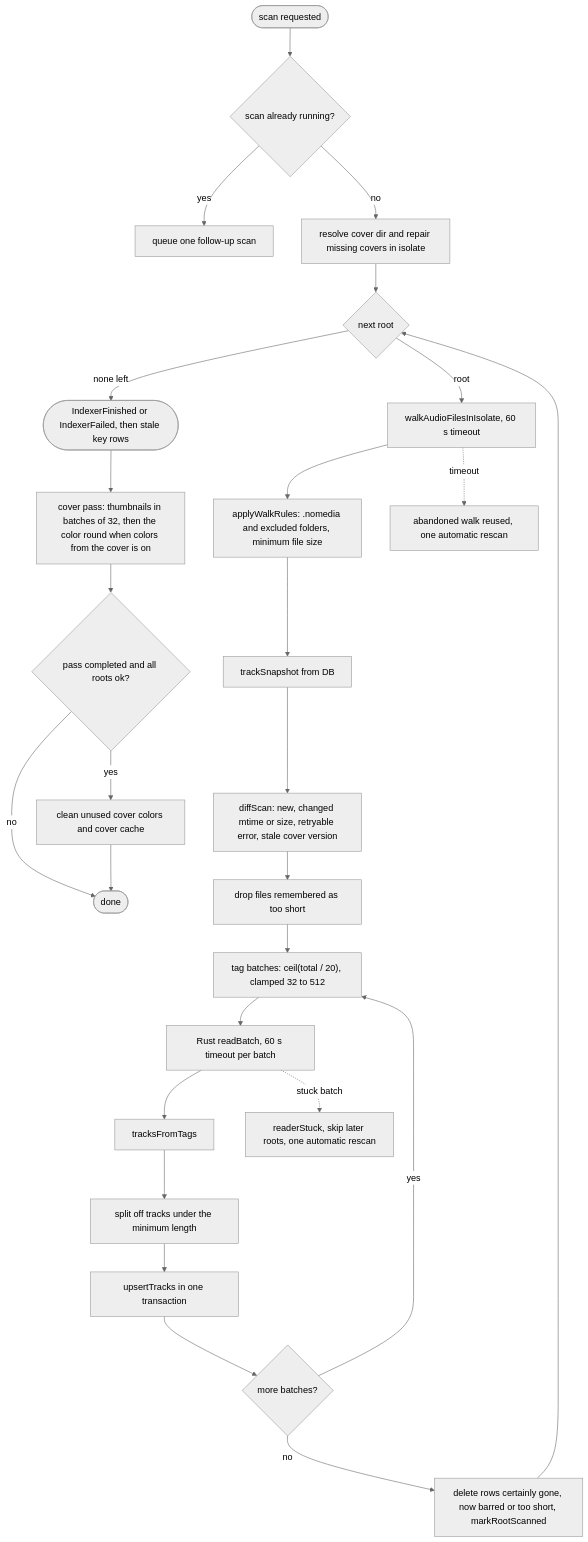
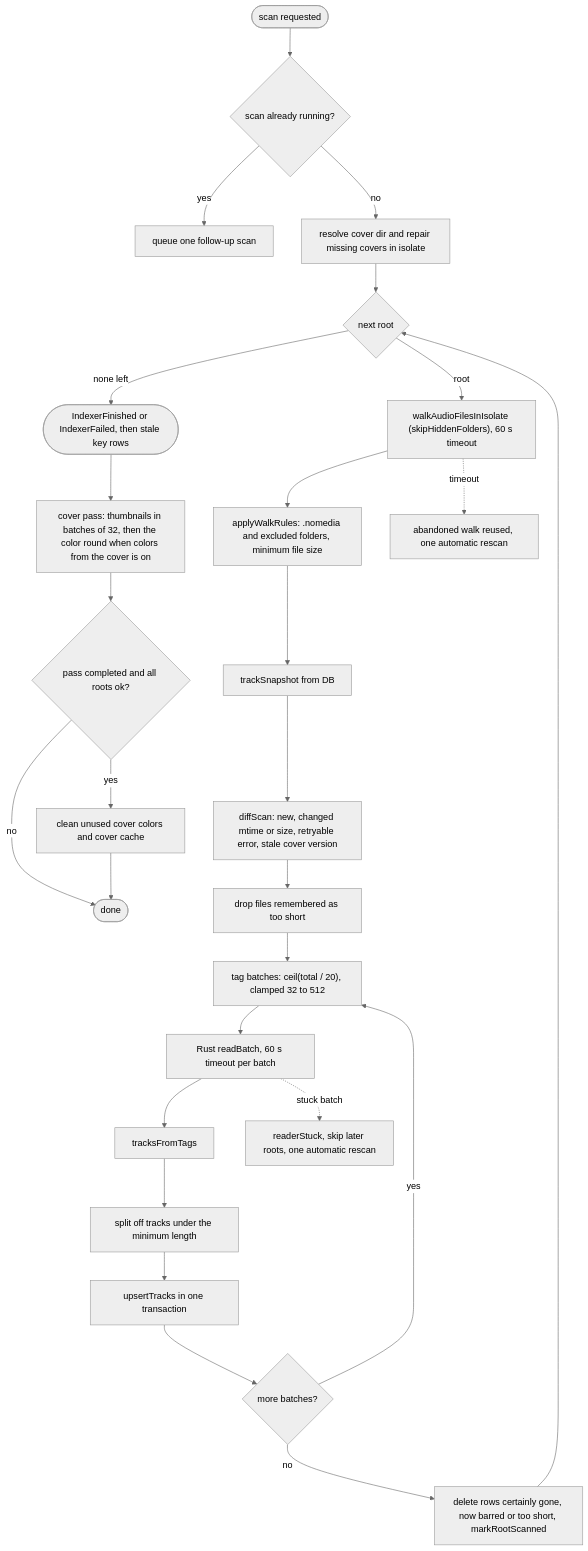
The third of 8 diagrams in docs/system-architecture.md (kanaru313/kanaru), drawn with Mermaid (neutral theme) before and after one commit. The commit also changed other lines of this file and 30 other files, not shown here.

First line of the commit message:
feat(indexer): skip hidden folders by a setting and never index hidden files

````diff
--- a/docs/system-architecture.md
+++ b/docs/system-architecture.md
@@ -156,31 +156,31 @@
 ```mermaid
 flowchart TD
     Start(["scan requested"]) --> Busy{"scan already running?"}
     Busy -- yes --> Follow["queue one follow-up scan"]
     Busy -- no --> Covers["resolve cover dir and repair missing covers in isolate"]
     Covers --> Root{"next root"}
     Root -- none left --> Published(["IndexerFinished or IndexerFailed, then stale key rows"])
     Published --> Pass["cover pass: thumbnails in batches of 32, then the color round when colors from the cover is on"]
     Pass --> Clean{"pass completed and all roots ok?"}
     Clean -- yes --> CleanCovers["clean unused cover colors and cover cache"]
     Clean -- no --> Done(["done"])
     CleanCovers --> Done
 
-    Root -- "root" --> Walk["walkAudioFilesInIsolate, 60 s timeout"]
+    Root -- "root" --> Walk["walkAudioFilesInIsolate (skipHiddenFolders), 60 s timeout"]
     Walk --> Rules["applyWalkRules: .nomedia and excluded folders, minimum file size"]
     Rules --> Snap["trackSnapshot from DB"]
     Snap --> Diff["diffScan: new, changed mtime or size, retryable error, stale cover version"]
     Diff --> Memo["drop files remembered as too short"]
     Memo --> Batches["tag batches: ceil(total / 20), clamped 32 to 512"]
     Batches --> Read["Rust readBatch, 60 s timeout per batch"]
     Read --> Map["tracksFromTags"]
     Map --> Short["split off tracks under the minimum length"]
     Short --> Upsert["upsertTracks in one transaction"]
     Upsert --> More{"more batches?"}
     More -- yes --> Batches
     More -- no --> Gone["delete rows certainly gone, now barred or too short, markRootScanned"]
     Gone --> Root
 
     Walk -. "timeout" .-> Stall["abandoned walk reused, one automatic rescan"]
     Read -. "stuck batch" .-> Stall2["readerStuck, skip later roots, one automatic rescan"]
 ```
````
